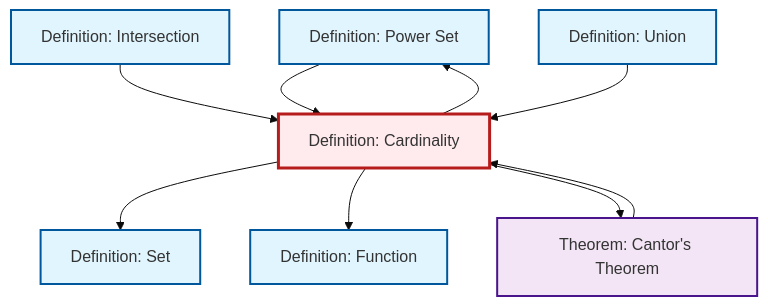
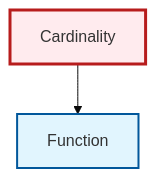
Before and after one commit to RK0429/ModernMath: the diagram in content/en/logic-set-theory/def-cardinality.qmd, drawn with Mermaid (base theme). The commit also changed 328 other files, not shown here.

````diff
--- a/content/en/logic-set-theory/def-cardinality.qmd
+++ b/content/en/logic-set-theory/def-cardinality.qmd
@@ -85,31 +85,14 @@
 ```{mermaid}
 %%| fig-cap: "Local dependency graph"
 graph TD
     classDef definition fill:#e1f5fe,stroke:#01579b,stroke-width:2px
     classDef theorem fill:#f3e5f5,stroke:#4a148c,stroke-width:2px
     classDef axiom fill:#fff3e0,stroke:#e65100,stroke-width:2px
     classDef example fill:#e8f5e9,stroke:#1b5e20,stroke-width:2px
     classDef current fill:#ffebee,stroke:#b71c1c,stroke-width:3px
-    def-set["Definition: Set"]:::definition
-    def-power-set["Definition: Power Set"]:::definition
-    thm-cantor["Theorem: Cantor's Theorem"]:::theorem
-    def-intersection["Definition: Intersection"]:::definition
-    def-union["Definition: Union"]:::definition
-    def-function["Definition: Function"]:::definition
-    def-cardinality["Definition: Cardinality"]:::definition
-    def-power-set --> def-cardinality
-    def-cardinality --> def-set
-    def-cardinality --> def-power-set
-    def-intersection --> def-cardinality
-    thm-cantor --> def-cardinality
-    def-union --> def-cardinality
+    def-cardinality["Cardinality"]:::definition
+    def-function["Function"]:::definition
     def-cardinality --> def-function
-    def-cardinality --> thm-cantor
     class def-cardinality current
-    click def-set "def-set.html" "Go to Set definition"
-    click def-power-set "def-power-set.html" "Go to Power Set definition"
-    click thm-cantor "thm-cantor.html" "Go to Cantor's Theorem theorem"
-    click def-intersection "def-intersection.html" "Go to Intersection definition"
-    click def-union "def-union.html" "Go to Union definition"
-    click def-function "def-function.html" "Go to Function definition"
+    click def-function "def-function.html" "Go to Function"
 ```
````
